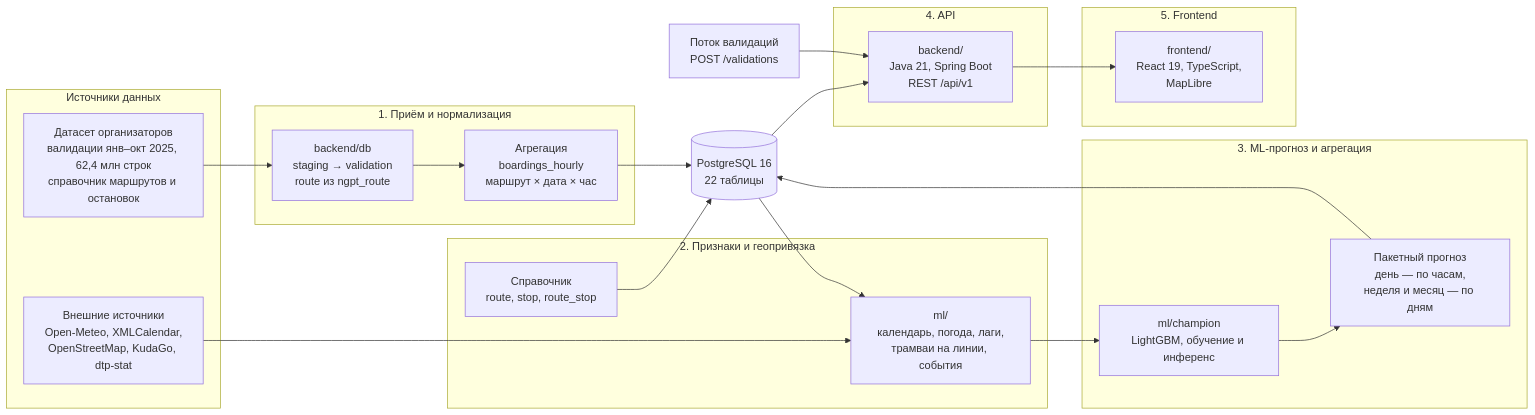
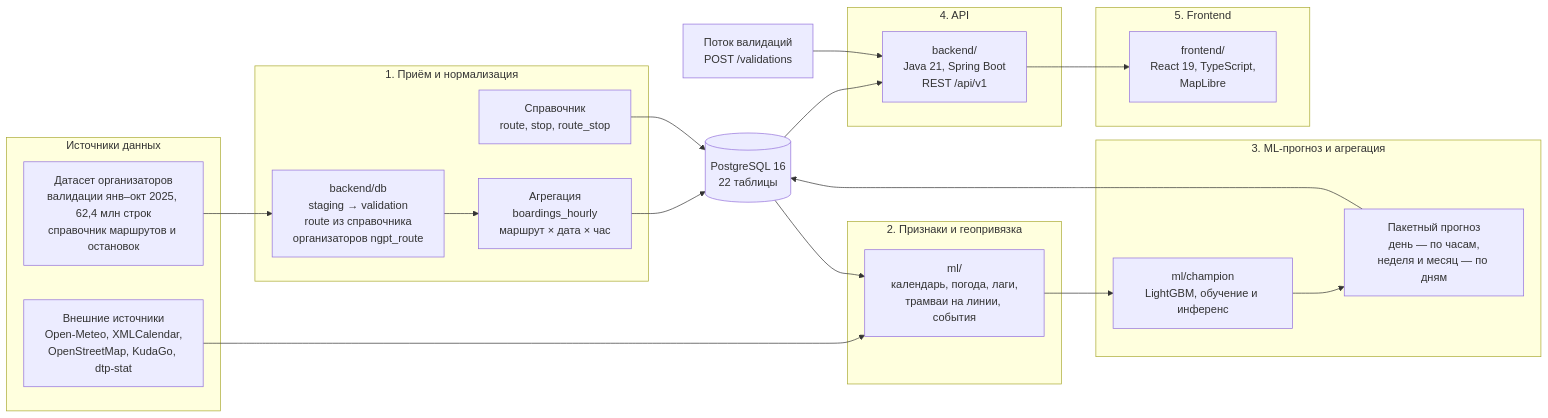
Before and after one commit to alieneth/tram-passenger-forecast: the third of 3 diagrams in docs/arhitektura.md, drawn with Mermaid. The commit also changed other lines of this file, not shown here.

````diff
--- a/docs/arhitektura.md
+++ b/docs/arhitektura.md
@@ -86,40 +87,40 @@
 ```mermaid
 flowchart LR
     subgraph SRC["Источники данных"]
         DS["Датасет организаторов<br/>валидации янв–окт 2025, 62,4 млн строк<br/>справочник маршрутов и остановок"]
         EXT["Внешние источники<br/>Open-Meteo, XMLCalendar,<br/>OpenStreetMap, KudaGo, dtp-stat"]
     end
 
     subgraph M1["1. Приём и нормализация"]
-        LOAD["backend/db<br/>staging → validation<br/>route из ngpt_route"]
+        LOAD["backend/db<br/>staging → validation<br/>route из справочника<br/>организаторов ngpt_route"]
         AGG["Агрегация<br/>boardings_hourly<br/>маршрут × дата × час"]
+        GEO["Справочник<br/>route, stop, route_stop"]
     end
 
     subgraph M2["2. Признаки и геопривязка"]
         FEAT["ml/<br/>календарь, погода, лаги,<br/>трамваи на линии, события"]
-        GEO["Справочник<br/>route, stop, route_stop"]
     end
 
     subgraph M3["3. ML-прогноз и агрегация"]
         TRAIN["ml/champion<br/>LightGBM, обучение и инференс"]
         FC["Пакетный прогноз<br/>день — по часам,<br/>неделя и месяц — по дням"]
     end
 
     DB[("PostgreSQL 16<br/>22 таблицы")]
 
     subgraph M4["4. API"]
         API["backend/<br/>Java 21, Spring Boot<br/>REST /api/v1"]
     end
 
     subgraph M5["5. Frontend"]
         UI["frontend/<br/>React 19, TypeScript,<br/>MapLibre"]
     end
 
     DS --> LOAD --> AGG --> DB
     EXT --> FEAT
     DB --> FEAT
     GEO --> DB
     FEAT --> TRAIN --> FC --> DB
     DB --> API --> UI
     STREAM["Поток валидаций<br/>POST /validations"] --> API
 ```
````
